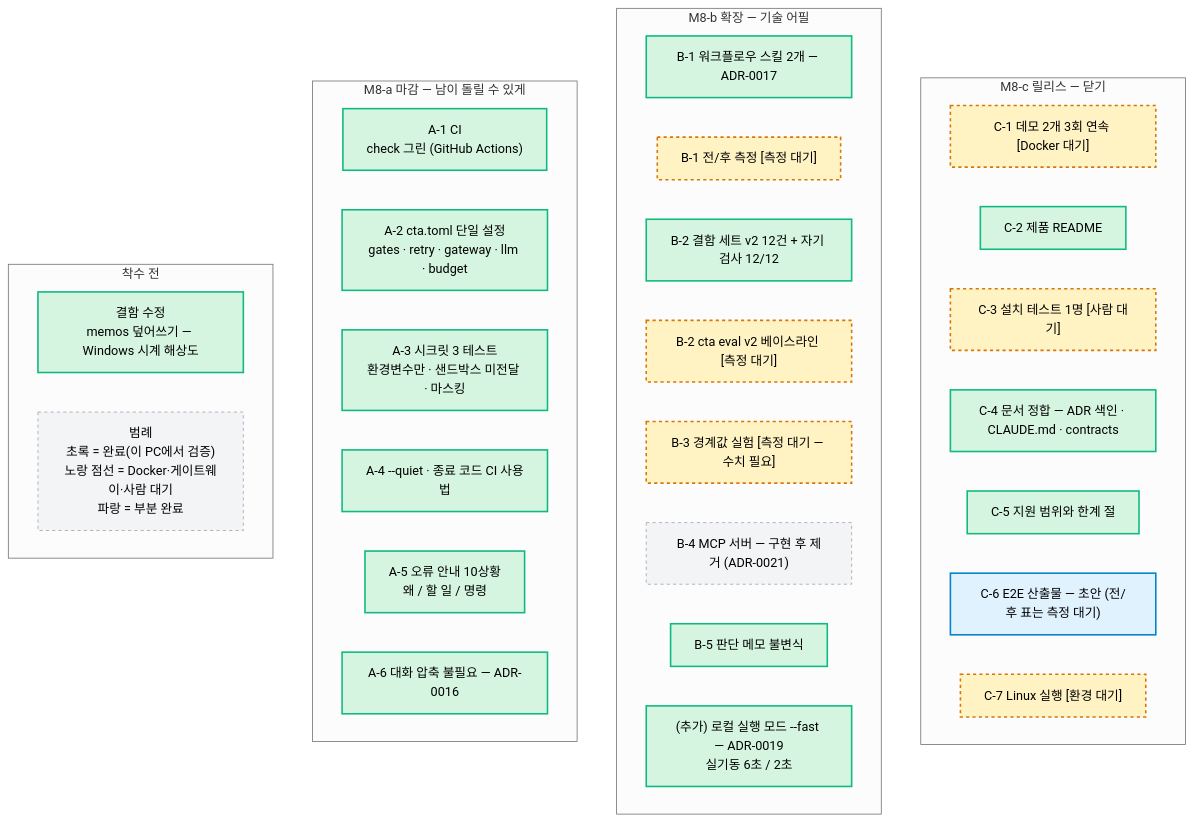
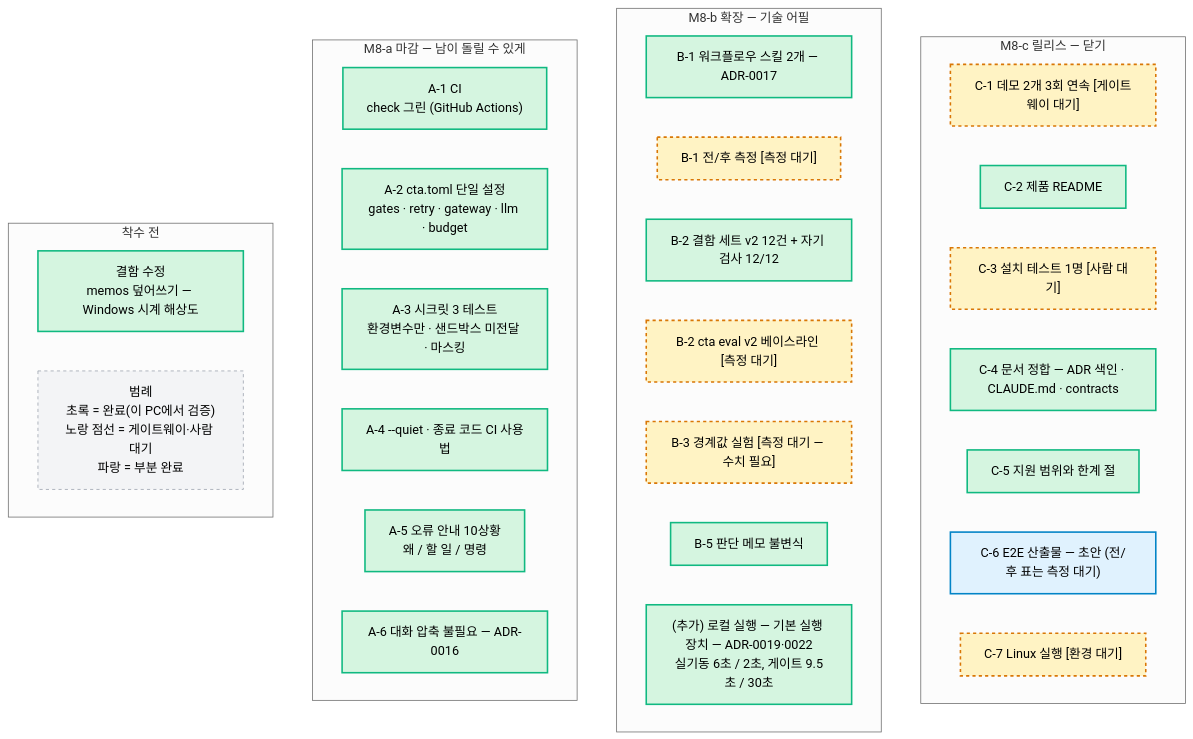
The diagram in docs/제출자료/diagrams/e2e-status.mmd (parksanghyeop/skax-master-project), drawn with Mermaid (neutral theme) before and after one commit. The commit also changed 21 other files, not shown here.

First line of the commit message:
산출물·E2E 기록 — 로컬 실행 기본 반영, 최종보고에 스킬 절 추가, 다이어그램 7종 재렌더

```diff
--- a/docs/제출자료/diagrams/e2e-status.mmd
+++ b/docs/제출자료/diagrams/e2e-status.mmd
@@ -1,48 +1,47 @@
 flowchart TB
     subgraph C["M8-c 릴리스 — 닫기"]
         direction LR
-        C1["C-1 데모 2개 3회 연속 [Docker 대기]"]
+        C1["C-1 데모 2개 3회 연속 [게이트웨이 대기]"]
         C2["C-2 제품 README"]
         C3["C-3 설치 테스트 1명 [사람 대기]"]
         C4["C-4 문서 정합 — ADR 색인 · CLAUDE.md · contracts"]
         C5["C-5 지원 범위와 한계 절"]
         C6["C-6 E2E 산출물 — 초안 (전/후 표는 측정 대기)"]
         C7["C-7 Linux 실행 [환경 대기]"]
     end
 
     subgraph B["M8-b 확장 — 기술 어필"]
         direction LR
         B1["B-1 워크플로우 스킬 2개 — ADR-0017"]
         B1m["B-1 전/후 측정 [측정 대기]"]
         B2["B-2 결함 세트 v2 12건 + 자기 검사 12/12"]
         B2m["B-2 cta eval v2 베이스라인 [측정 대기]"]
         B3["B-3 경계값 실험 [측정 대기 — 수치 필요]"]
-        B4["B-4 MCP 서버 — 구현 후 제거 (ADR-0021)"]
         B5["B-5 판단 메모 불변식"]
-        BX["(추가) 로컬 실행 모드 --fast — ADR-0019<br/>실기동 6초 / 2초"]
+        BX["(추가) 로컬 실행 — 기본 실행 장치 — ADR-0019·0022<br/>실기동 6초 / 2초, 게이트 9.5초 / 30초"]
     end
 
     subgraph A["M8-a 마감 — 남이 돌릴 수 있게"]
         direction LR
         A1["A-1 CI<br/>check 그린 (GitHub Actions)"]
         A2["A-2 cta.toml 단일 설정<br/>gates · retry · gateway · llm · budget"]
         A3["A-3 시크릿 3 테스트<br/>환경변수만 · 샌드박스 미전달 · 마스킹"]
         A4["A-4 --quiet · 종료 코드 CI 사용법"]
         A5["A-5 오류 안내 10상황<br/>왜 / 할 일 / 명령"]
         A6["A-6 대화 압축 불필요 — ADR-0016"]
     end
 
     subgraph Z["착수 전"]
         direction LR
         FIX0["결함 수정<br/>memos 덮어쓰기 — Windows 시계 해상도"]
-        LEGEND["범례<br/>초록 = 완료(이 PC에서 검증)<br/>노랑 점선 = Docker·게이트웨이·사람 대기<br/>파랑 = 부분 완료"]
+        LEGEND["범례<br/>초록 = 완료(이 PC에서 검증)<br/>노랑 점선 = 게이트웨이·사람 대기<br/>파랑 = 부분 완료"]
     end
 
     classDef done fill:#d5f5e0,stroke:#10b981,stroke-width:2px
     classDef wait fill:#fff3c4,stroke:#d97706,stroke-width:2px,stroke-dasharray: 4 4
     classDef partial fill:#e0f2fe,stroke:#0284c7,stroke-width:2px
     classDef dim fill:#f3f4f6,stroke:#9ca3af,stroke-dasharray: 4 4
     class FIX0,A1,A2,A3,A4,A5,A6,B1,B2,B5,BX,C2,C4,C5 done
     class B1m,B2m,B3,C1,C3,C7 wait
     class C6 partial
-    class LEGEND,B4 dim
+    class LEGEND dim
```
